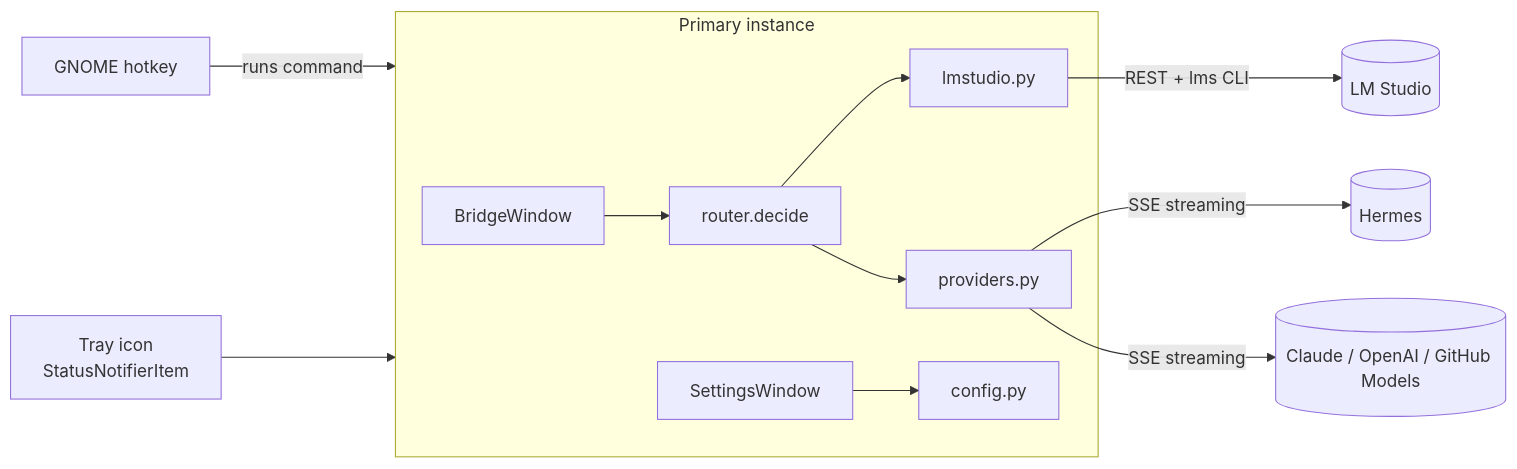
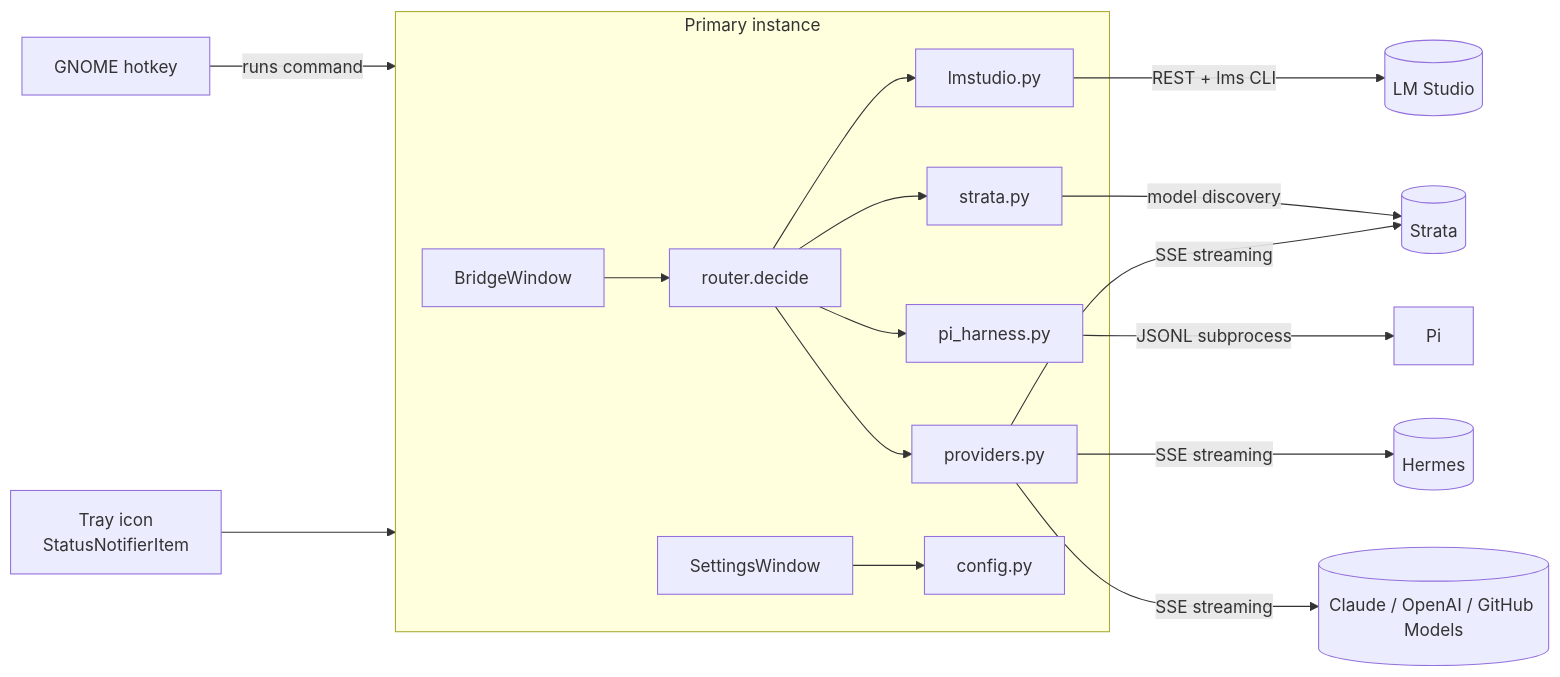
The diagram in docs/TECHNICAL.md (datenklo/lms-hermes-bridge), drawn with Mermaid before and after one commit. The commit also changed other lines of this file and 4 other files, not shown here.

````diff
--- a/docs/TECHNICAL.md
+++ b/docs/TECHNICAL.md
@@ -9,14 +9,19 @@
 ```mermaid
 flowchart LR
     HK[GNOME hotkey] -->|runs command| APP
     TR[Tray icon<br/>StatusNotifierItem] --> APP
     subgraph APP[Primary instance]
         WIN[BridgeWindow] --> RT[router.decide]
         RT --> LMS[lmstudio.py]
+        RT --> STR[strata.py]
+        RT --> PI[pi_harness.py]
         RT --> PRV[providers.py]
         SET[SettingsWindow] --> CFG[config.py]
     end
     LMS -->|REST + lms CLI| LMSTUDIO[(LM Studio)]
+    STR -->|model discovery| STRATA[(Strata)]
+    PRV -->|SSE streaming| STRATA
+    PI -->|JSONL subprocess| AGENT[Pi]
     PRV -->|SSE streaming| HERMES[(Hermes)]
     PRV -->|SSE streaming| EXT[(Claude / OpenAI / GitHub Models)]
 ```
````
